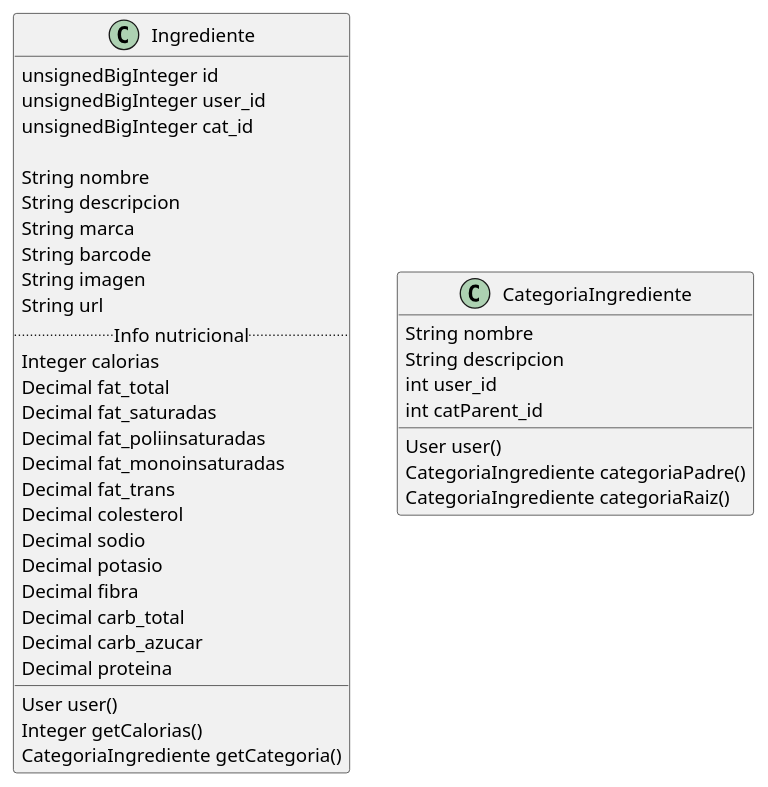
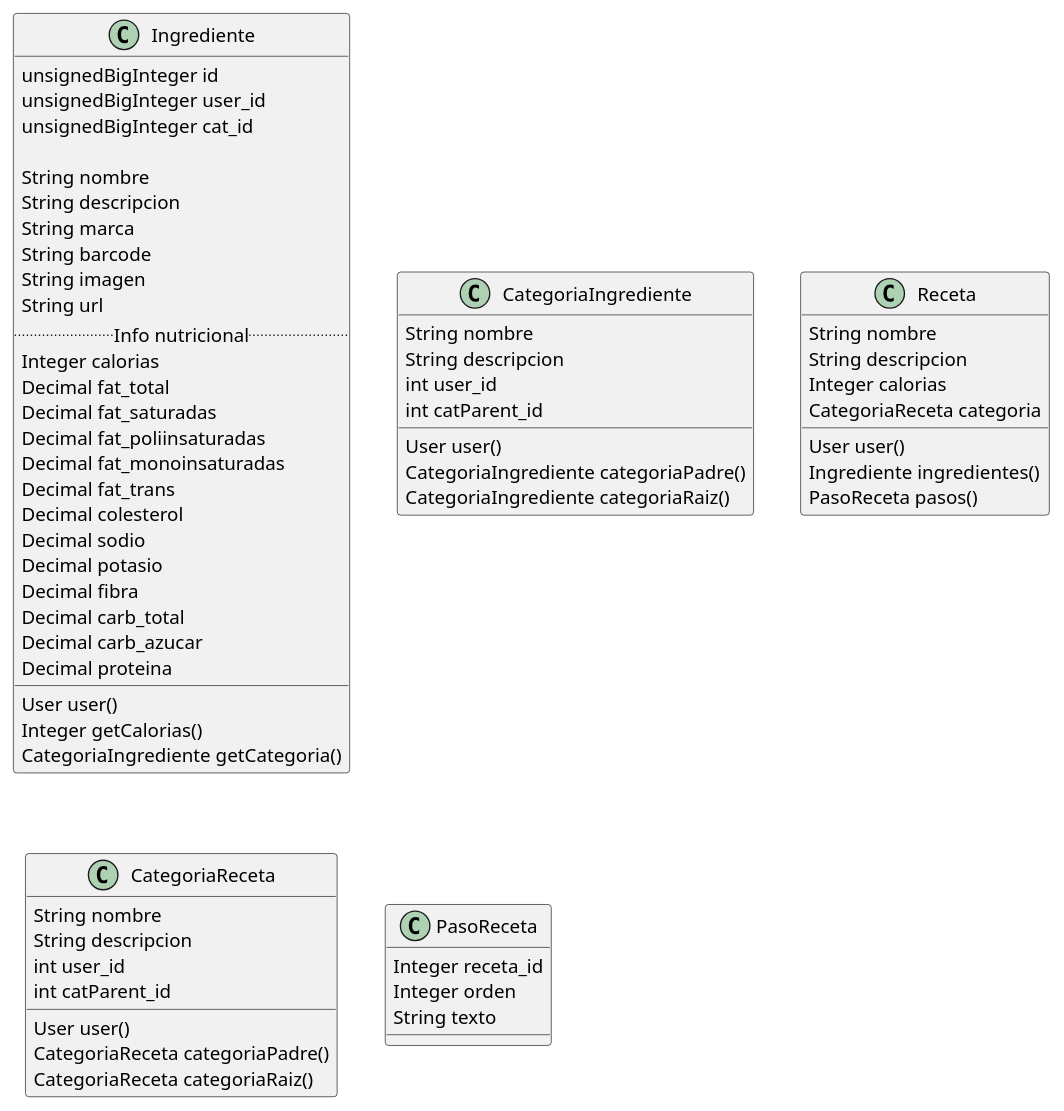
The diagram in docs/clases_detalle.pu (Luinux81/laravel-recetapp), drawn with PlantUML before and after one commit. The commit also changed 1 other file, not shown here.

Commit message:
Diagramas actualizados con modelos básicos

```diff
--- a/docs/clases_detalle.pu
+++ b/docs/clases_detalle.pu
@@ -1,45 +1,72 @@
 @startuml
 
 class Ingrediente{
     unsignedBigInteger id    
     unsignedBigInteger user_id
     unsignedBigInteger cat_id
 
     String nombre
     String descripcion
     String marca 
     String barcode
     String imagen
     String url
     .. Info nutricional ..
     Integer calorias                
     Decimal fat_total
     Decimal fat_saturadas
     Decimal fat_poliinsaturadas
     Decimal fat_monoinsaturadas
     Decimal fat_trans
     Decimal colesterol
     Decimal sodio
     Decimal potasio
     Decimal fibra
     Decimal carb_total
     Decimal carb_azucar
     Decimal proteina
     ____
     User user()
     Integer getCalorias()
     CategoriaIngrediente getCategoria()
 }
 
 class CategoriaIngrediente{
     String nombre
     String descripcion
     int user_id
     int catParent_id
 
     User user()
     CategoriaIngrediente categoriaPadre()
     CategoriaIngrediente categoriaRaiz()
 }
 
+class Receta{
+    String nombre
+    String descripcion
+    Integer calorias
+    CategoriaReceta categoria
+
+    User user()
+    Ingrediente ingredientes()
+    PasoReceta pasos()
+}
+
+class CategoriaReceta{
+    String nombre
+    String descripcion
+    int user_id
+    int catParent_id
+
+    User user()
+    CategoriaReceta categoriaPadre()
+    CategoriaReceta categoriaRaiz()
+}
+
+class PasoReceta{
+    Integer receta_id
+    Integer orden
+    String texto
+}
 @enduml
```
